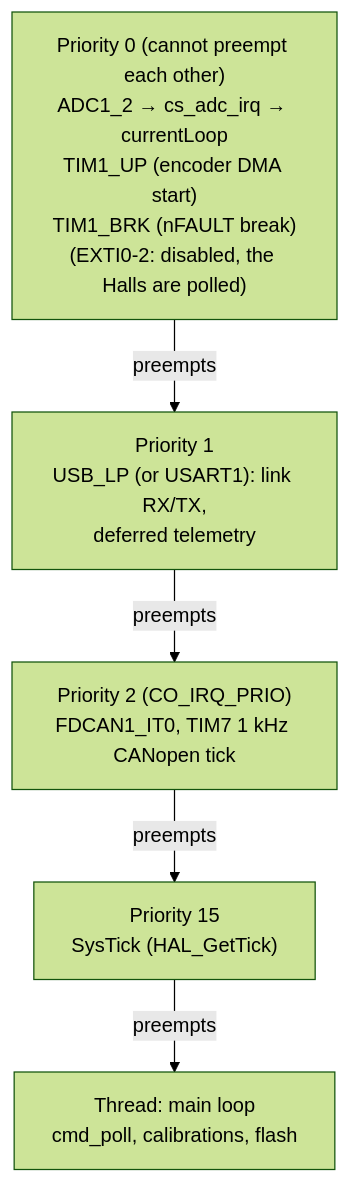
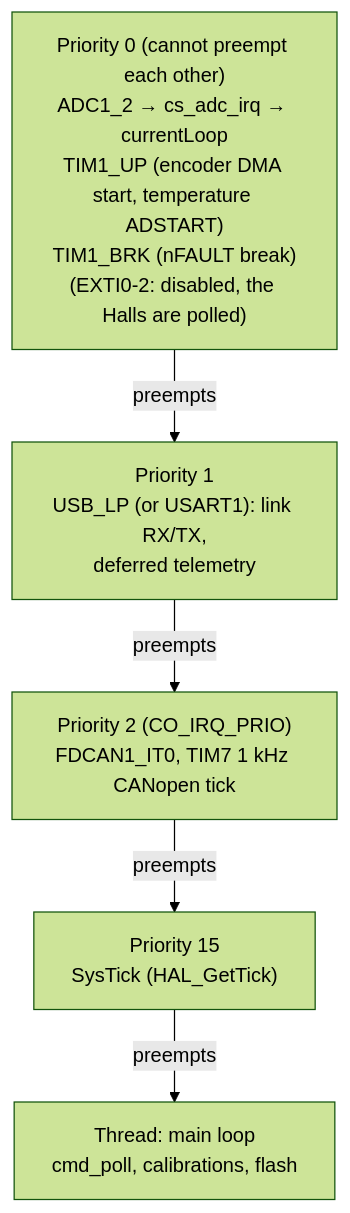
One commit to alanhpereira/fluxdrive-g4 changed diagram 15 of 15 in docs/software-structure.md. Above: the diagram before and after it, drawn with Mermaid (forest theme). The commit also changed other lines of this file and 23 other files, not shown here.

````diff
--- a/docs/software-structure.md
+++ b/docs/software-structure.md
@@ -540,10 +542,10 @@
 ```mermaid
 flowchart TB
-    P0["Priority 0 (cannot preempt each other)<br/>ADC1_2 → cs_adc_irq → currentLoop<br/>TIM1_UP (encoder DMA start)<br/>TIM1_BRK (nFAULT break)<br/>(EXTI0-2: disabled, the Halls are polled)"]
+    P0["Priority 0 (cannot preempt each other)<br/>ADC1_2 → cs_adc_irq → currentLoop<br/>TIM1_UP (encoder DMA start, temperature ADSTART)<br/>TIM1_BRK (nFAULT break)<br/>(EXTI0-2: disabled, the Halls are polled)"]
     P1["Priority 1<br/>USB_LP (or USART1): link RX/TX,<br/>deferred telemetry"]
     P2["Priority 2 (CO_IRQ_PRIO)<br/>FDCAN1_IT0, TIM7 1 kHz CANopen tick"]
     P15["Priority 15<br/>SysTick (HAL_GetTick)"]
     TH["Thread: main loop<br/>cmd_poll, calibrations, flash"]
 
     P0 -->|preempts| P1 -->|preempts| P2 -->|preempts| P15 -->|preempts| TH
 ```
````
